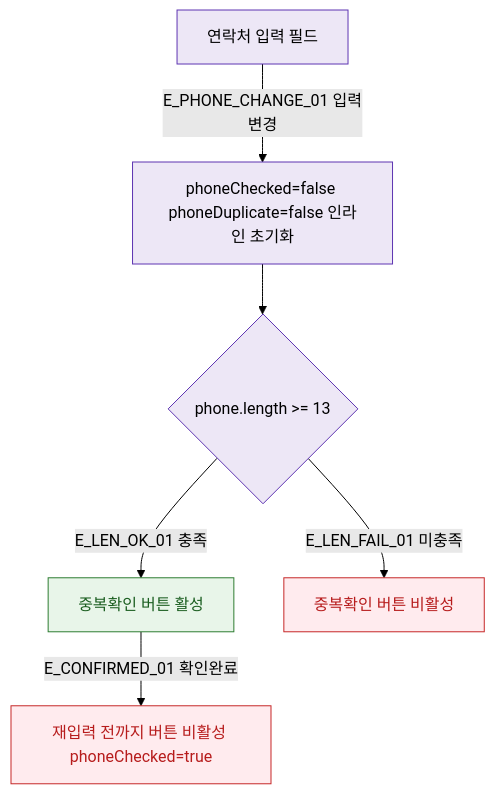
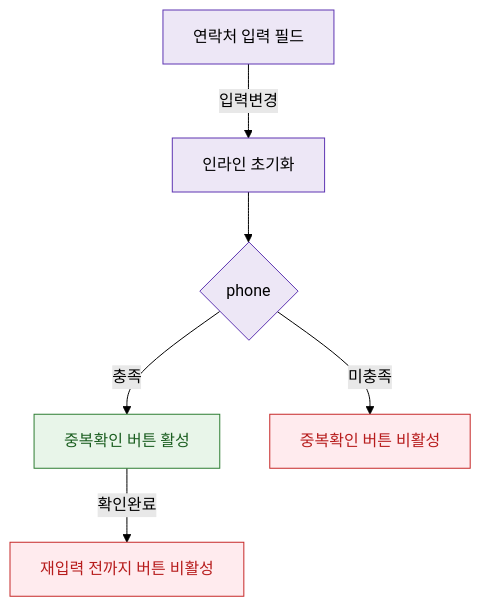
Before and after one commit to dev-spogym/admin-pando: the diagram in docs/다이어그램/D02_회원관리/DLG/DLG-M006_전화번호중복/M2_필드검증.md, drawn with Mermaid (forest theme). The commit also changed other lines of this file and 1660 other files, not shown here.

First line of the commit message:
다이어그램: 기획자/클라이언트 납품본으로 정리

````diff
--- a/docs/다이어그램/D02_회원관리/DLG/DLG-M006_전화번호중복/M2_필드검증.md
+++ b/docs/다이어그램/D02_회원관리/DLG/DLG-M006_전화번호중복/M2_필드검증.md
@@ -22,20 +20,20 @@
 ```mermaid
 flowchart TD
   FLD_PHONE[연락처 입력 필드]
 
-  FLD_PHONE -->|E_PHONE_CHANGE_01 입력변경| RESET[phoneChecked=false phoneDuplicate=false 인라인 초기화]
-  RESET --> CHECK_LEN{phone.length >= 13}
+  FLD_PHONE -->|입력변경|RESET[인라인 초기화]
+  RESET --> CHECK_LEN{phone}
 
-  CHECK_LEN -->|E_LEN_OK_01 충족| BTN_ACTIVE[중복확인 버튼 활성]
-  CHECK_LEN -->|E_LEN_FAIL_01 미충족| BTN_DISABLED[중복확인 버튼 비활성]
+  CHECK_LEN -->|충족|BTN_ACTIVE[중복확인 버튼 활성]
+  CHECK_LEN -->|미충족|BTN_DISABLED[중복확인 버튼 비활성]
 
-  BTN_ACTIVE -->|E_CONFIRMED_01 확인완료| BTN_DISABLED2[재입력 전까지 버튼 비활성 phoneChecked=true]
+  BTN_ACTIVE -->|확인완료|BTN_DISABLED2[재입력 전까지 버튼 비활성]
 
-  classDef system  fill:#EDE7F6,stroke:#5E35B2
+  classDef system fill:#EDE7F6,stroke:#5E35B2
   classDef success fill:#E8F5E9,stroke:#2E7D32,color:#1B5E20
-  classDef error   fill:#FFEBEE,stroke:#C62828,color:#B71C1C
+  classDef error fill:#FFEBEE,stroke:#C62828,color:#B71C1C
 
   class FLD_PHONE,CHECK_LEN,RESET system
   class BTN_ACTIVE success
   class BTN_DISABLED,BTN_DISABLED2 error
 ```
````
